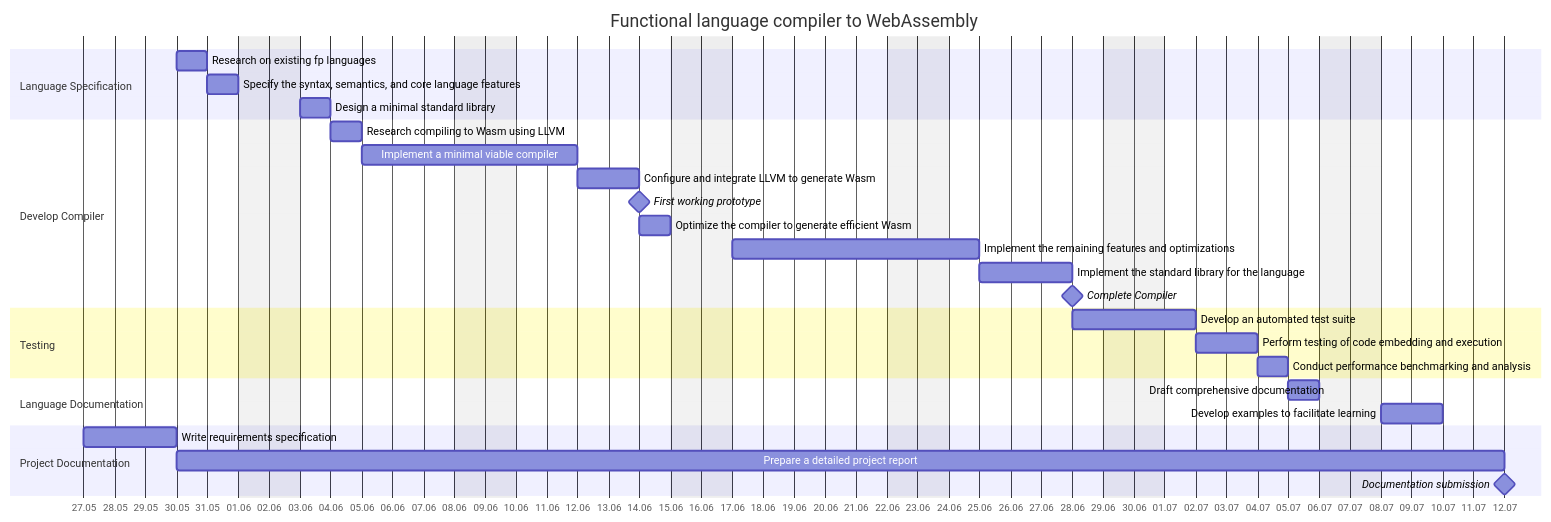
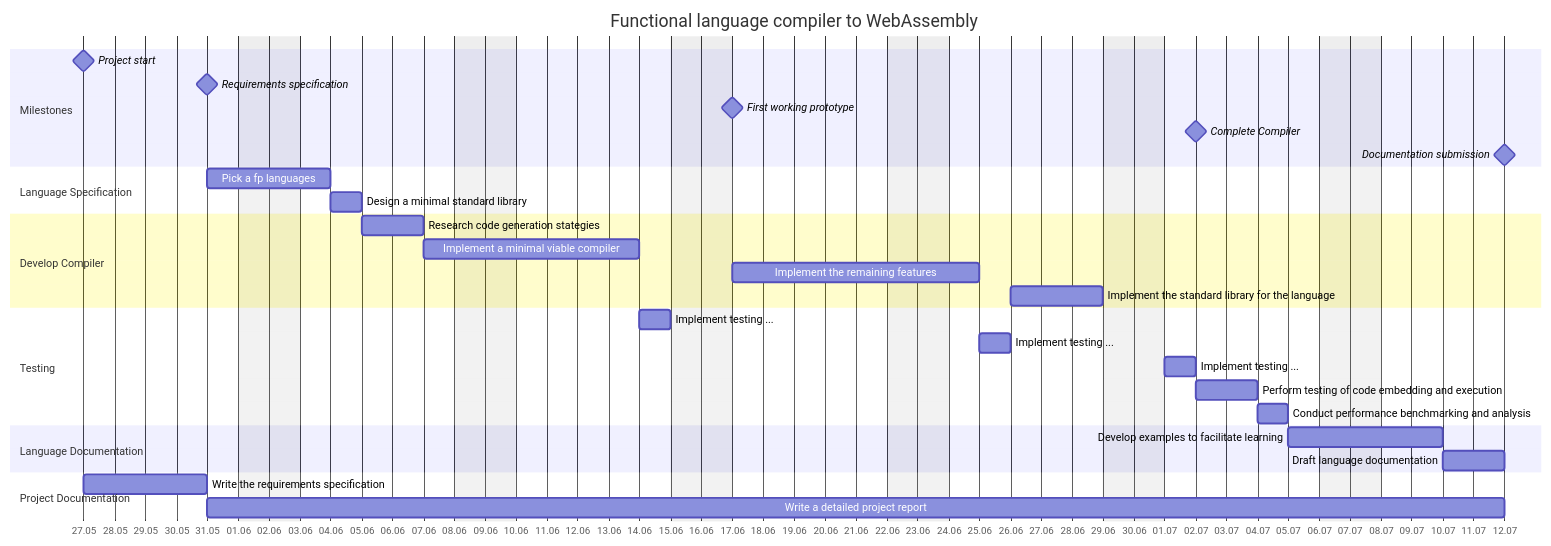
The diagram in docs/diagrams.md (noah44846/waskellc), drawn with Mermaid before and after one commit. The commit also changed 4 other files, not shown here.

````diff
--- a/docs/diagrams.md
+++ b/docs/diagrams.md
@@ -11,41 +11,44 @@
 ```mermaid
 ---
 config:
   theme: default
   gantt:
     useWidth: 1600
 ---
 gantt
     title Functional language compiler to WebAssembly
     dateFormat DD.MM.YYYY
     axisFormat %d.%m
     tickInterval 1day
     weekday monday
     todayMarker off
     excludes weekends
 
+    section Milestones
+        Project start              : milestone, 27.05.2024, 0h
+        Requirements specification : milestone, after d8,   0h
+        First working prototype    : milestone, after d3,   0h
+        Complete Compiler          : milestone, after d7,   0h
+        Documentation submission   : milestone, after d9,   0h
+
     section Language Specification
-        Research on existing fp languages                         : d1, 30.05.2024, 1d
-        Specify the syntax, semantics, and core language features :                 1d
-        Design a minimal standard library                         :                 1d
+        Pick a fp languages               : d1, 31.05.2024, 2d
+        Design a minimal standard library :                 1d
     section Develop Compiler
-        Research compiling to Wasm using LLVM              :            1d
-        Implement a minimal viable compiler                :            5d
-        Configure and integrate LLVM to generate Wasm      :            2d
-        First working prototype                            : milestone, 0h
-        Optimize the compiler to generate efficient Wasm   :            1d
-        Implement the remaining features and optimizations :            6d
-        Implement the standard library for the language    :            3d
-        Complete Compiler                                  : milestone, 0h
+        Research code generation stategies              :                            2d
+        Implement a minimal viable compiler             :            d2, 07.06.2024, 5d
+        Implement the remaining features                :            d4, after d3,   6d
+        Implement the standard library for the language :            d6, after d5,   3d
     section Testing
-        Develop an automated test suite                 : 2d
+        Implement testing ...                           : d3, after d2, 1d
+        Implement testing ...                           : d5, after d4, 1d
+        Implement testing ...                           : d7, after d6, 1d
         Perform testing of code embedding and execution : 2d
         Conduct performance benchmarking and analysis   : 1d
     section Language Documentation
-        Draft comprehensive documentation       : 1d
-        Develop examples to facilitate learning : 2d
+        Develop examples to facilitate learning : 3d
+        Draft language documentation            : 2d
     section Project Documentation
-        Write requirements specification  :            d2, 27.05.2024,  3d
-        Prepare a detailed project report :                            31d
-        Documentation submission          : milestone,                  0h
+        Write the requirements specification :            d8, 27.05.2024,  4d
+        Write a detailed project report      :            d9, after d8,   30d
 ```
````
